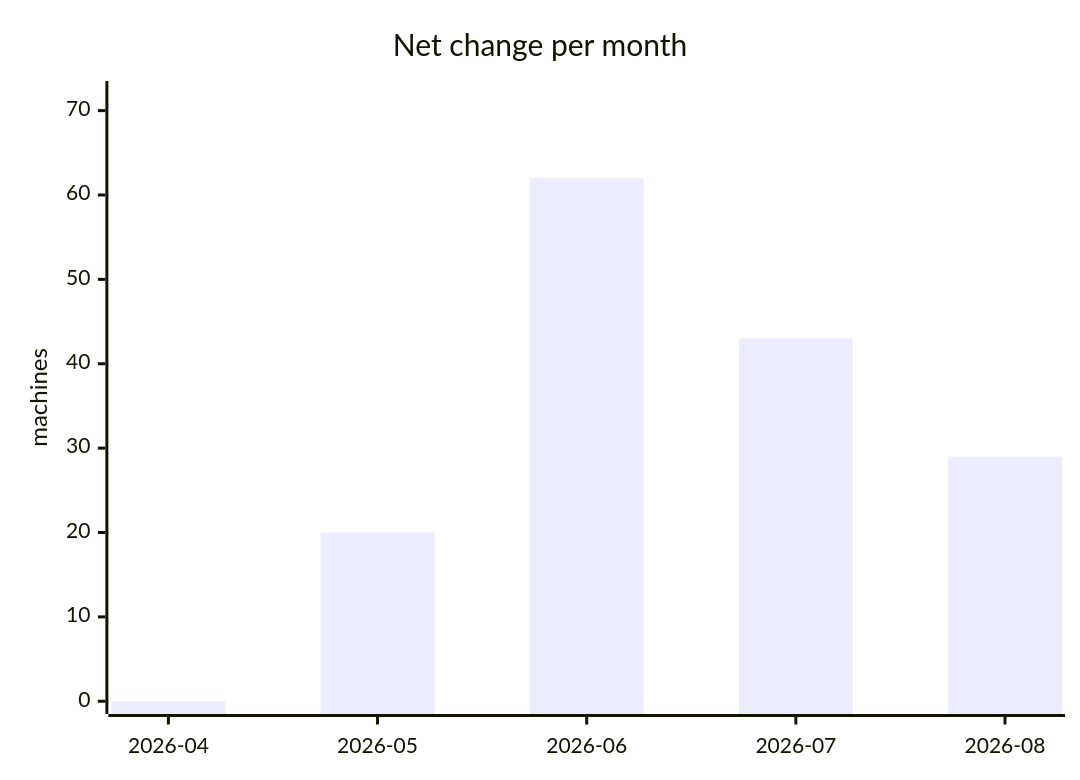
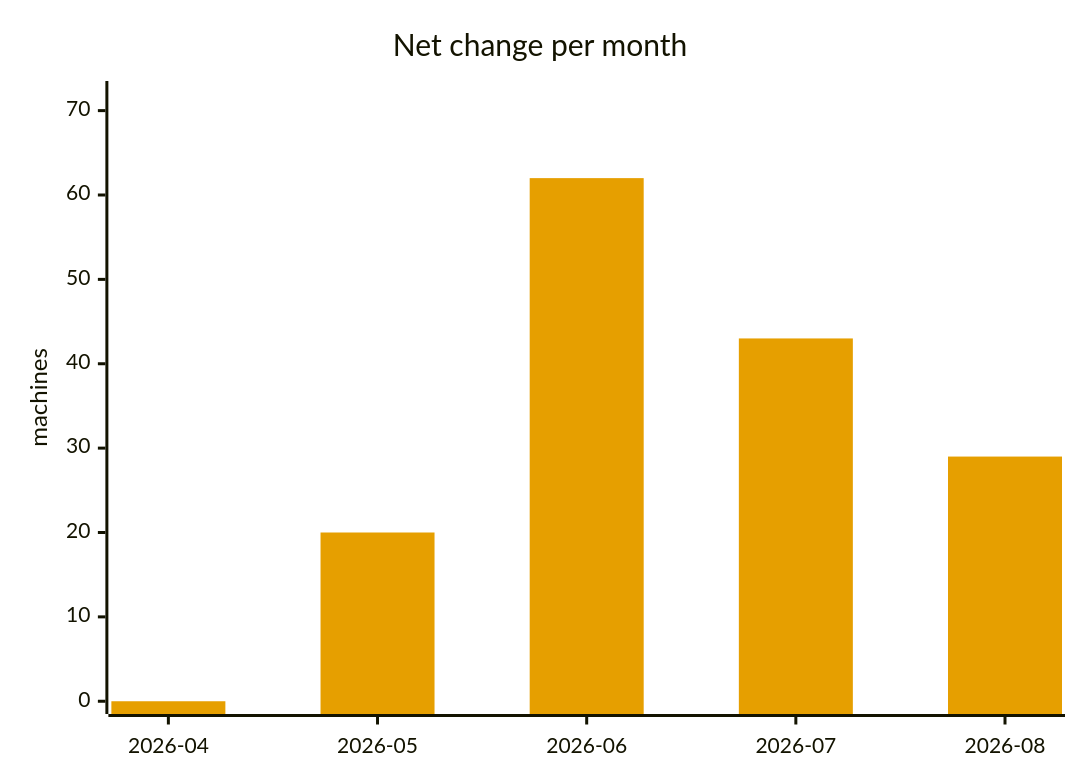
The seventh of 7 diagrams in ANALYSIS.md (cheeaun/returnright-data), drawn with Mermaid before and after one commit. The commit also changed other lines of this file and 1 other file, not shown here.

Commit message:
Use Okabe-Ito colorblind-safe palette for mermaid charts

````diff
--- a/ANALYSIS.md
+++ b/ANALYSIS.md
@@ -266,7 +302,13 @@
 ```mermaid
+---
+config:
+  themeVariables:
+    xyChart:
+      plotColorPalette: "#E69F00"
+---
 xychart-beta
     title "Net change per month"
     x-axis ["2026-04", "2026-05", "2026-06", "2026-07", "2026-08"]
     y-axis "machines" 0 --> 72
     bar [0, 20, 62, 43, 29]
 ```
````
